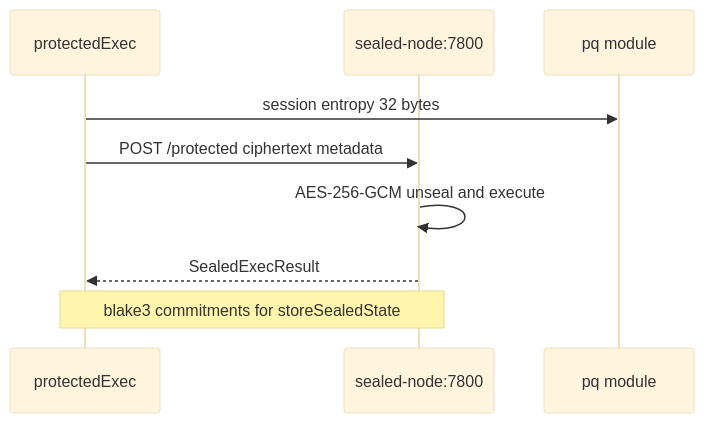
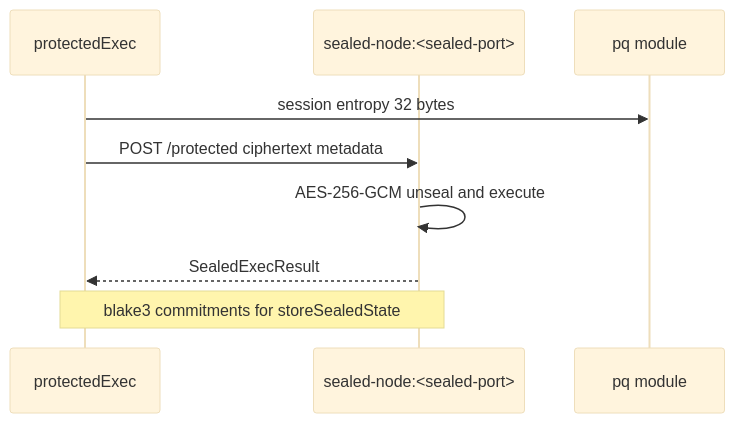
The fifth of 13 diagrams in docs/ARCHITECTURE.md (veyanet/veya-sdk), drawn with Mermaid (base theme) before and after one commit. The commit also changed other lines of this file, not shown here.

Commit message:
docs: describe mainnet default in architecture notes

````diff
--- a/docs/ARCHITECTURE.md
+++ b/docs/ARCHITECTURE.md
@@ -411,12 +424,12 @@
 ```mermaid
 sequenceDiagram
     participant SDK as protectedExec
-    participant Node as sealed-node:7800
+    participant Node as sealed-node:<sealed-port>
     participant PQ as pq module
 
     SDK->>PQ: session entropy 32 bytes
     SDK->>Node: POST /protected ciphertext metadata
     Node->>Node: AES-256-GCM unseal and execute
     Node-->>SDK: SealedExecResult
     Note over SDK,Node: blake3 commitments for storeSealedState
 ```
````
